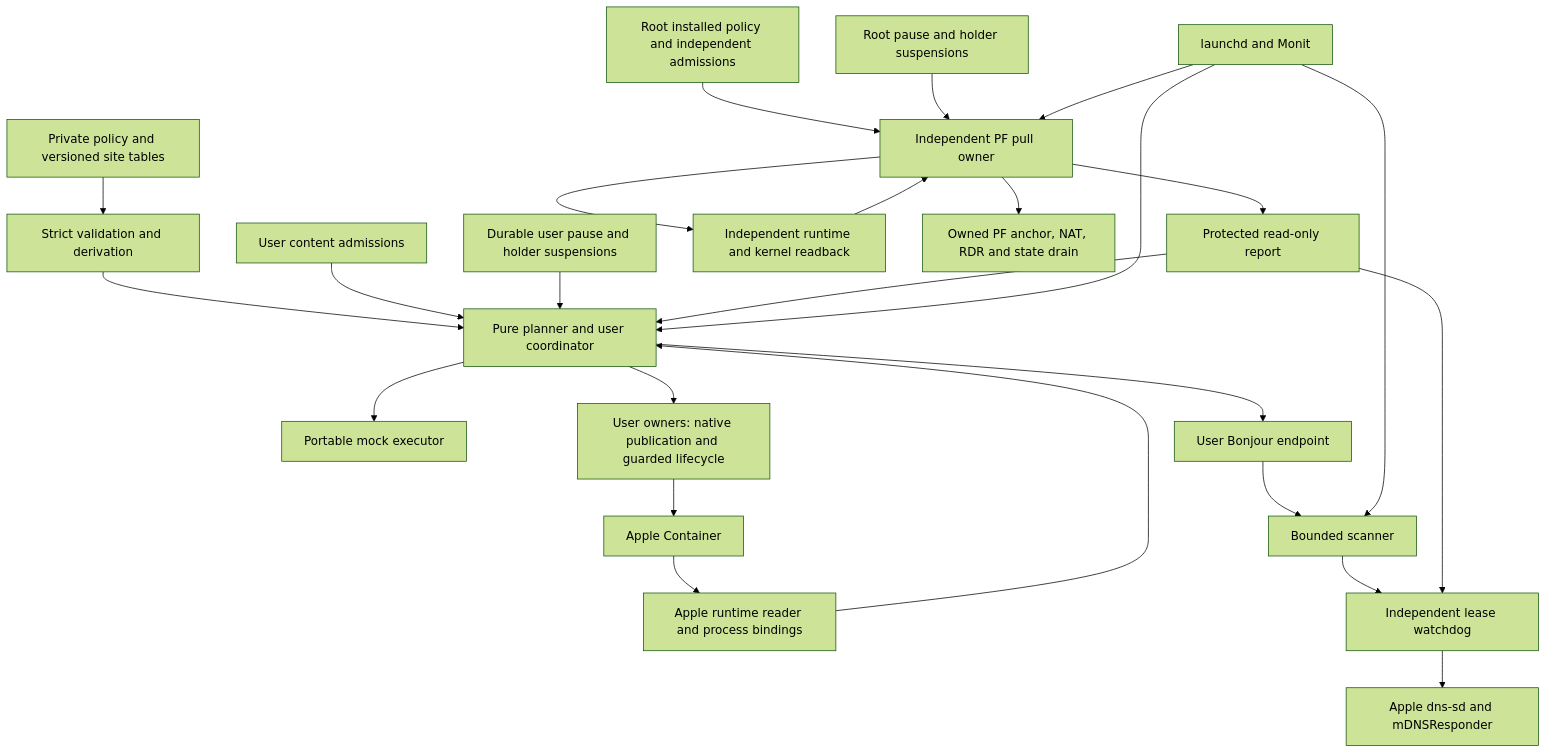
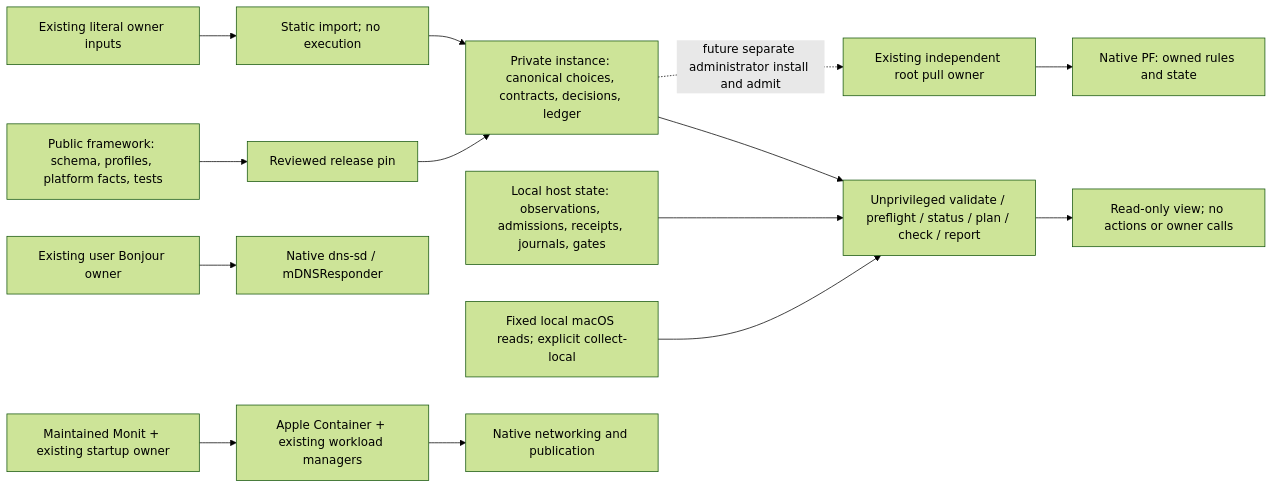
The diagram in docs/architecture.md (mglaeser/network-orchestrator), drawn with Mermaid (forest theme) before and after one commit. The commit also changed other lines of this file and 70 other files, not shown here.

First line of the commit message:
Add macOS-only instance extraction and enforce review gates (#5)

````diff
--- a/docs/architecture.md
+++ b/docs/architecture.md
@@ -31,27 +24,16 @@
 ```mermaid
-flowchart TD
-    P[Private policy and versioned site tables] --> V[Strict validation and derivation]
-    V --> C[Pure planner and user coordinator]
-    A[User content admissions] --> C
-    I[Durable user pause and holder suspensions] --> C
-    R[Apple runtime reader and process bindings] --> C
-    C --> M[Portable mock executor]
-    C --> U[User owners: native publication and guarded lifecycle]
-    U --> AC[Apple Container]
-    C --> B[User Bonjour endpoint]
-    B --> S[Bounded scanner]
-    S --> W[Independent lease watchdog]
-    W --> DNS[Apple dns-sd and mDNSResponder]
-    RA[Root installed policy and independent admissions] --> F[Independent PF pull owner]
-    RI[Root pause and holder suspensions] --> F
-    AC --> R
-    F --> FR[Independent runtime and kernel readback]
-    FR --> F
-    F --> PF[Owned PF anchor, NAT, RDR and state drain]
-    F --> O[Protected read-only report]
-    O --> C
-    O --> W
-    L[launchd and Monit] --> C
-    L --> S
-    L --> F
+flowchart LR
+    F[Public framework: schema, profiles, platform facts, tests] --> P[Reviewed release pin]
+    P --> I[Private instance: canonical choices, contracts, decisions, ledger]
+    L[Existing literal owner inputs] --> S[Static import; no execution]
+    S --> I
+    I --> V[Unprivileged validate / preflight / status / plan / check / report]
+    H[Local host state: observations, admissions, receipts, journals, gates] --> V
+    OS[Fixed local macOS reads; explicit collect-local] --> V
+    V --> R[Read-only view; no actions or owner calls]
+    I -. future separate administrator install and admit .-> RO[Existing independent root pull owner]
+    RO --> PF[Native PF: owned rules and state]
+    U[Existing user Bonjour owner] --> DNS[Native dns-sd / mDNSResponder]
+    A[Apple Container + existing workload managers] --> N[Native networking and publication]
+    M[Maintained Monit + existing startup owner] --> A
 ```
````
